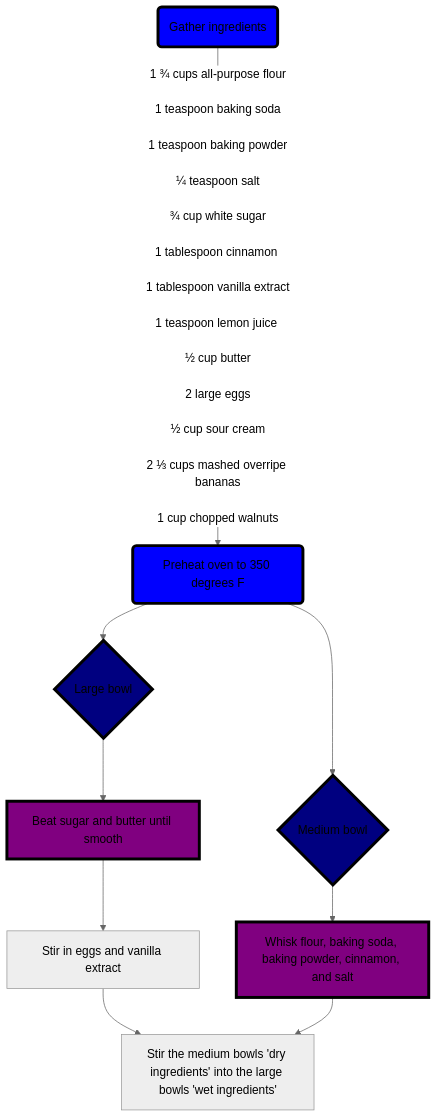
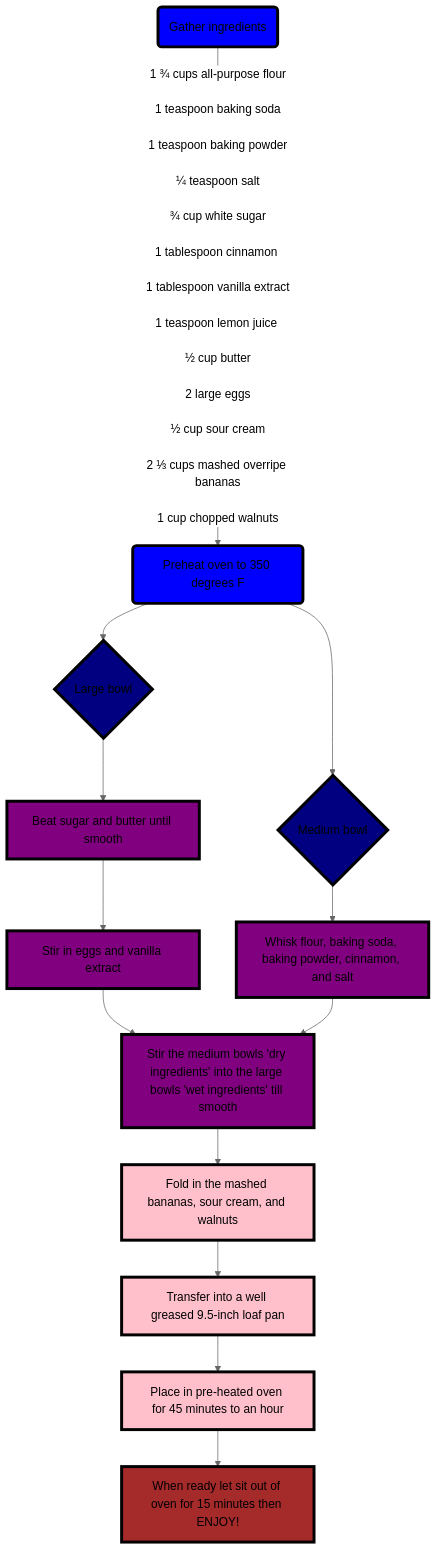
The first of 2 diagrams in README.md (ShammmN/ShammmN.github.io), drawn with Mermaid (neutral theme) before and after one commit. The commit also changed other lines of this file, not shown here.

Commit message:
Added some Mermaid diagram prcatice

````diff
--- a/README.md
+++ b/README.md
@@ -56,42 +56,52 @@
 ``` mermaid 
 flowchart TD 
     A(Gather ingredients) -->|1 ¾ cups all-purpose flour
 
 1 teaspoon baking soda
 
 1 teaspoon baking powder
 
 ¼ teaspoon salt
 
 ¾ cup white sugar
 
 1 tablespoon cinnamon 
 
 1 tablespoon vanilla extract
 
 1 teaspoon lemon juice 
 
 ½ cup butter
 
 2 large eggs
 
 ½ cup sour cream
 
 2 ⅓ cups mashed overripe bananas
 
 1 cup chopped walnuts| B(Preheat oven to 350 degrees F)
     style A fill:blue,stroke:black,stroke-width:4px,shadow:shadow
     style B fill:blue,stroke:black,stroke-width:4px,shadow:shadow
     B --> C{Large bowl}
     B --> D{Medium bowl}
     C --> E[Beat sugar and butter until smooth]
     D --> F[Whisk flour, baking soda, baking powder, cinnamon, and salt]
     E --> G[Stir in eggs and vanilla extract]
-    G --> H[Stir the medium bowls 'dry ingredients' into the large bowls 'wet ingredients']
+    G --> H[Stir the medium bowls 'dry ingredients' into the large bowls 'wet ingredients' till smooth]
     F --> H
+    H --> I[Fold in the mashed bananas, sour cream, and walnuts]
+    I --> J[Transfer into a well greased 9.5-inch loaf pan]
+    J --> K[Place in pre-heated oven for 45 minutes to an hour]
+    K --> L[When ready let sit out of oven for 15 minutes then ENJOY!]
     style C fill:navy,stroke:black,stroke-width:4px,shadow:shadow
     style D fill:navy,stroke:black,stroke-width:4px,shadow:shadow
     style F fill:purple,stroke:black,stroke-width:4px,shadow:shadow
     style E fill:purple,stroke:black,stroke-width:4px,shadow:shadow
-
+    style H fill:purple,stroke:black,stroke-width:4px,shadow:shadow
+    style G fill:purple,stroke:black,stroke-width:4px,shadow:shadow
+    style I fill:pink,stroke:black,stroke-width:4px,shadow:shadow
+    style J fill:pink,stroke:black,stroke-width:4px,shadow:shadow
+    style K fill:pink,stroke:black,stroke-width:4px,shadow:shadow
+    style L fill:brown,stroke:black,stroke-width:4px,shadow:shadow
+ 
 ```
````
